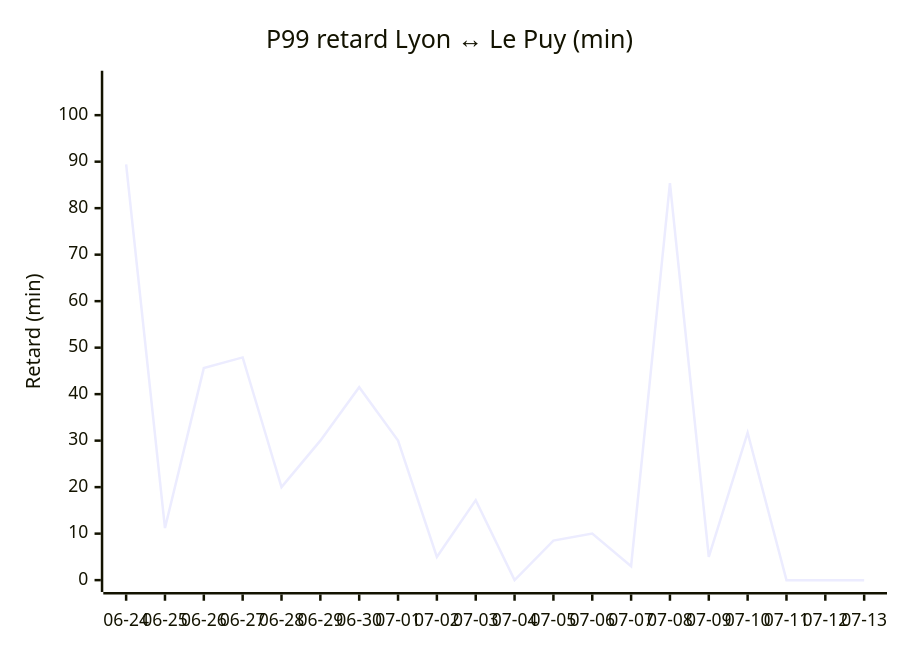
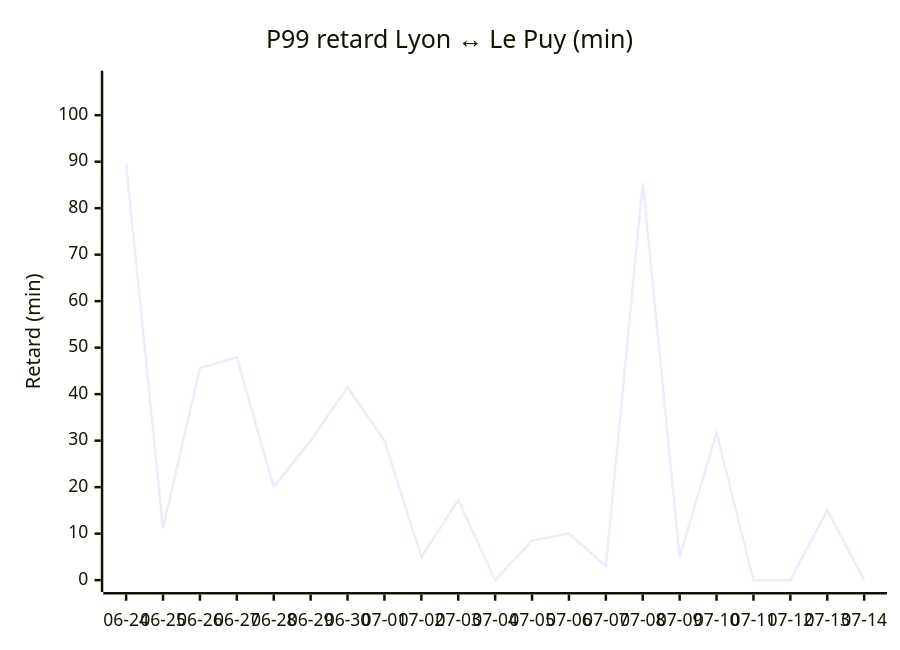
Before and after one commit to antoinerep/horaire-ter: the fourth of 4 diagrams in STATS.md, drawn with Mermaid. The commit also changed other lines of this file and 1 other file, not shown here.

````diff
--- a/STATS.md
+++ b/STATS.md
@@ -102,7 +103,7 @@
 ```mermaid
 xychart-beta
     title "P99 retard Lyon ↔ Le Puy (min)"
-    x-axis ["06-24", "06-25", "06-26", "06-27", "06-28", "06-29", "06-30", "07-01", "07-02", "07-03", "07-04", "07-05", "07-06", "07-07", "07-08", "07-09", "07-10", "07-11", "07-12", "07-13"]
+    x-axis ["06-24", "06-25", "06-26", "06-27", "06-28", "06-29", "06-30", "07-01", "07-02", "07-03", "07-04", "07-05", "07-06", "07-07", "07-08", "07-09", "07-10", "07-11", "07-12", "07-13", "07-14"]
     y-axis "Retard (min)" 0 --> 107
-    line [89.4, 11.2, 45.6, 47.9, 20.0, 30.0, 41.5, 30.0, 5.0, 17.2, 0.0, 8.5, 10.0, 3.0, 85.4, 5.0, 31.7, 0.0, 0.0, 0.0]
+    line [89.4, 11.2, 45.6, 47.9, 20.0, 30.0, 41.5, 30.0, 5.0, 17.2, 0.0, 8.5, 10.0, 3.0, 85.4, 5.0, 31.7, 0.0, 0.0, 15.0, 0.0]
 ```
````
